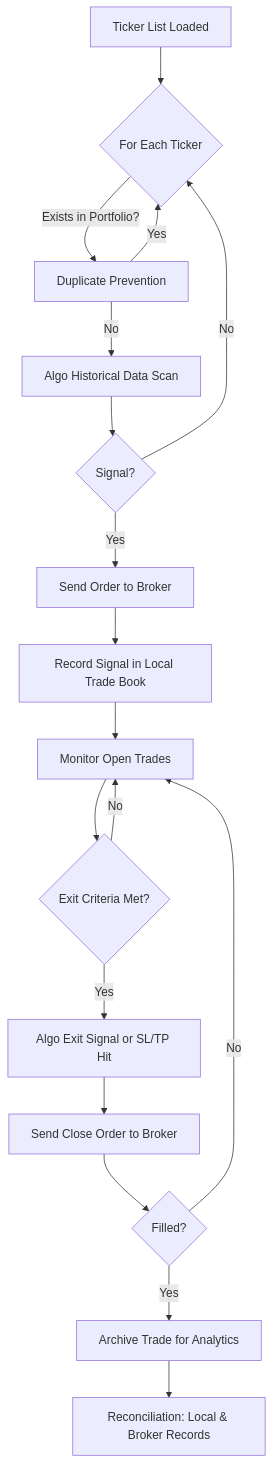
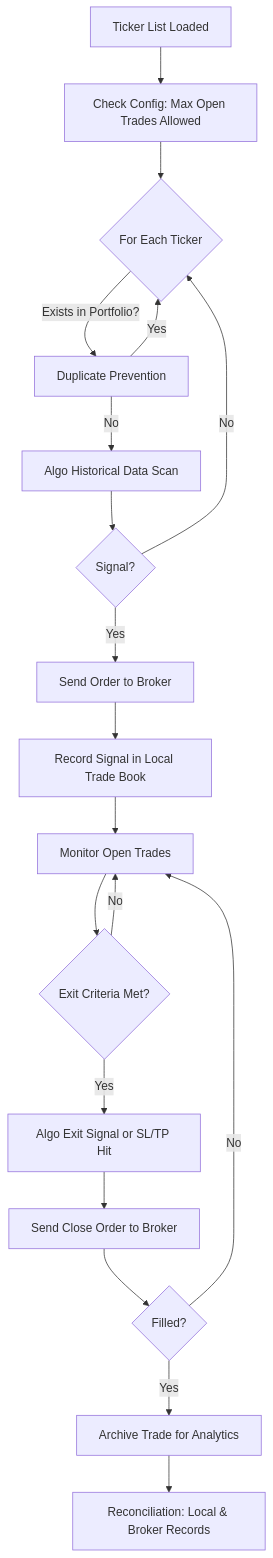
Before and after one commit to tn9-git/TradingSystem: the diagram in requirements.md, drawn with Mermaid. The commit also changed other lines of this file, not shown here.

Commit message:
Update workflow diagram to include 'Check Config: Max Open Trades Allowed' step

````diff
--- a/requirements.md
+++ b/requirements.md
@@ -3,20 +3,21 @@
 ```mermaid
 flowchart TD
-    A[Ticker List Loaded] --> B{For Each Ticker}
+    A[Ticker List Loaded] --> X[Check Config: Max Open Trades Allowed]
+    X --> B{For Each Ticker}
     B --> |"Exists in Portfolio?"| C[Duplicate Prevention]
     C --> |"Yes"| B
     C --> |"No"| D[Algo Historical Data Scan]
     D --> E{Signal?}
     E --> |"No"| B
     E --> |"Yes"| F[Send Order to Broker]
     F --> G[Record Signal in Local Trade Book]
     G --> H[Monitor Open Trades]
     H --> I{Exit Criteria Met?}
     I --> |"No"| H
     I --> |"Yes"| J[Algo Exit Signal or SL/TP Hit]
     J --> K[Send Close Order to Broker]
     K --> L{Filled?}
     L --> |"No"| H
     L --> |"Yes"| M[Archive Trade for Analytics]
     M --> N[Reconciliation: Local & Broker Records]
 ```
````
